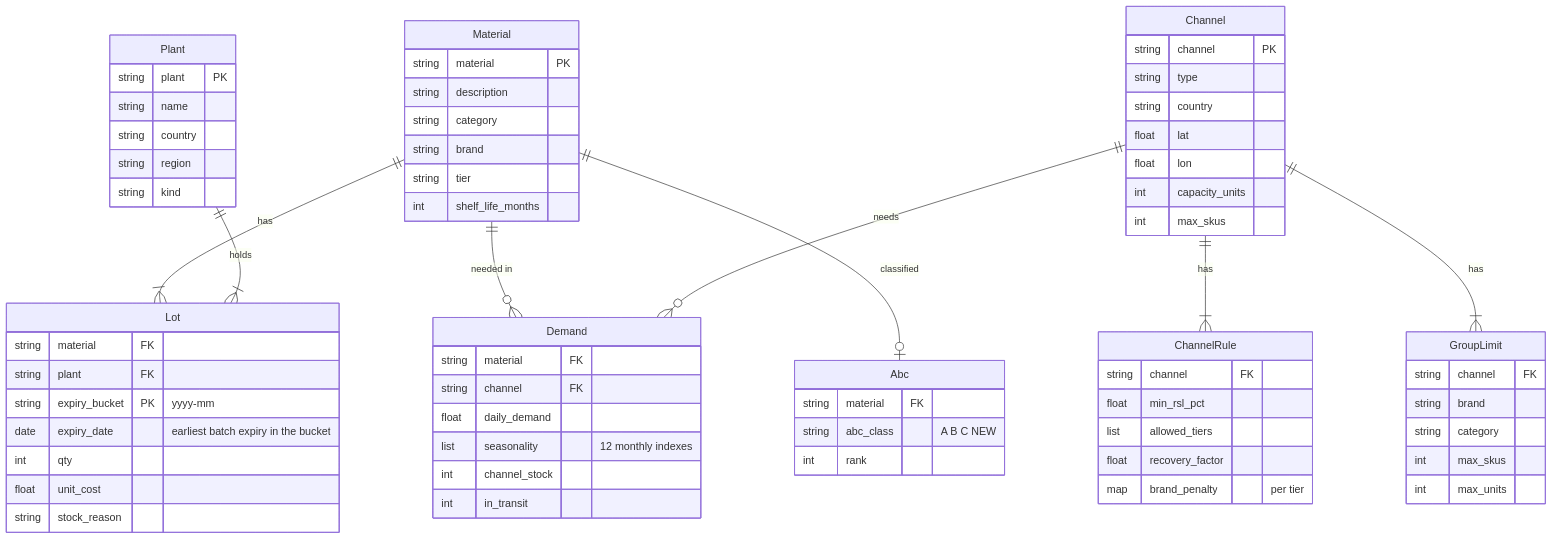
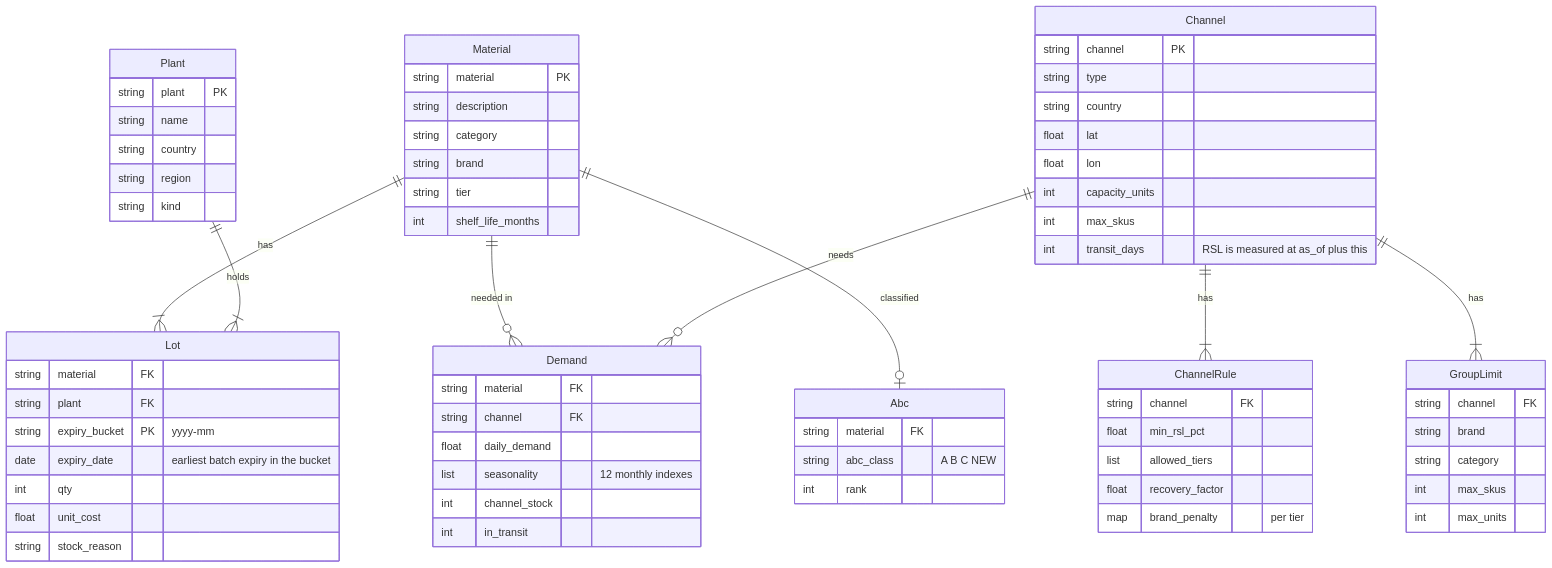
One commit to NilsLevillain/ReShelfAI changed the second of 2 diagrams in docs/erd.md. Above: the diagram before and after it, drawn with Mermaid. The commit also changed other lines of this file and 16 other files, not shown here.

First line of the commit message:
feat(api): add canonical schema and CsvAdapter, per channel transit time and per category push

````diff
--- a/docs/erd.md
+++ b/docs/erd.md
@@ -135,71 +137,72 @@
 ```mermaid
 erDiagram
     Material ||--|{ Lot : "has"
     Plant ||--|{ Lot : "holds"
     Channel ||--|{ ChannelRule : "has"
     Channel ||--|{ GroupLimit : "has"
     Material ||--o{ Demand : "needed in"
     Channel ||--o{ Demand : "needs"
     Material ||--o| Abc : "classified"
 
     Material {
         string material PK
         string description
         string category
         string brand
         string tier
         int shelf_life_months
     }
     Plant {
         string plant PK
         string name
         string country
         string region
         string kind
     }
     Lot {
         string material FK
         string plant FK
         string expiry_bucket PK "yyyy-mm"
         date expiry_date "earliest batch expiry in the bucket"
         int qty
         float unit_cost
         string stock_reason
     }
     Channel {
         string channel PK
         string type
         string country
         float lat
         float lon
         int capacity_units
         int max_skus
+        int transit_days "RSL is measured at as_of plus this"
     }
     ChannelRule {
         string channel FK
         float min_rsl_pct
         list allowed_tiers
         float recovery_factor
         map brand_penalty "per tier"
     }
     GroupLimit {
         string channel FK
         string brand
         string category
         int max_skus
         int max_units
     }
     Demand {
         string material FK
         string channel FK
         float daily_demand
         list seasonality "12 monthly indexes"
         int channel_stock
         int in_transit
     }
     Abc {
         string material FK
         string abc_class "A B C NEW"
         int rank
     }
 ```
````
